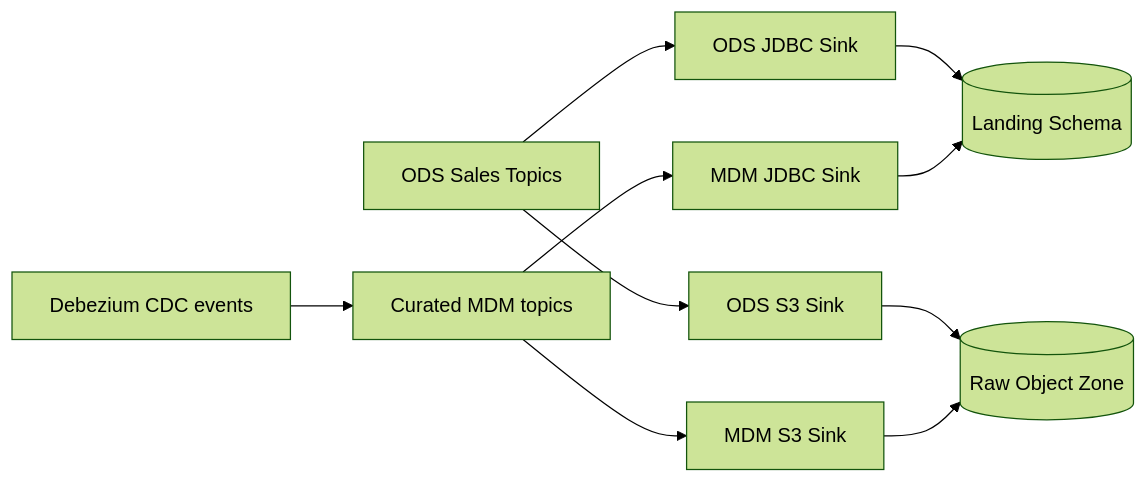
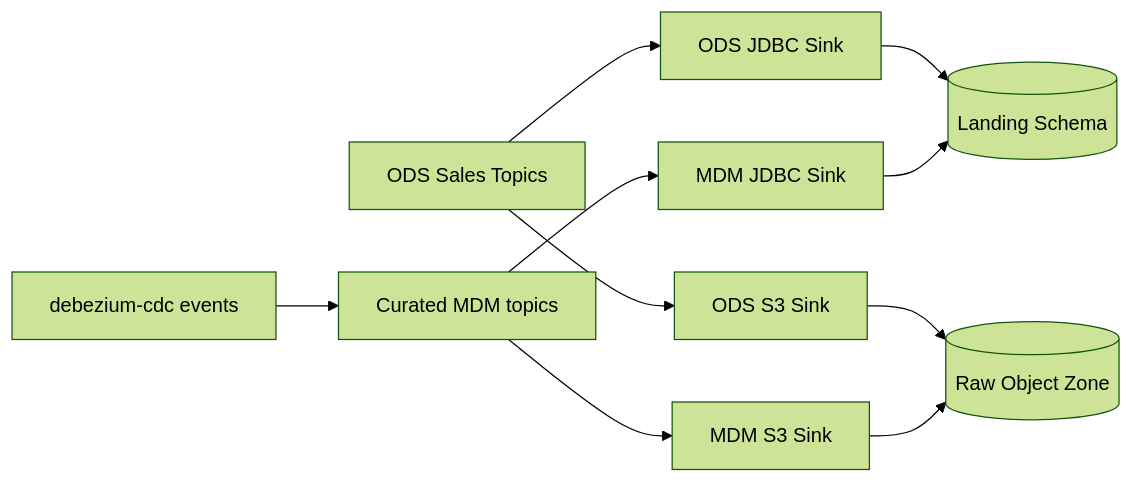
One commit to paulchen8206/Full-Stack-Modern-Data-Architecture-and-Engineering changed the second of 2 diagrams in kafka-connect/readme.md. Above: the diagram before and after it, drawn with Mermaid (forest theme). The commit also changed other lines of this file and 18 other files, not shown here.

````diff
--- a/kafka-connect/readme.md
+++ b/kafka-connect/readme.md
@@ -63,12 +63,12 @@
 ```mermaid
 flowchart LR
-  CDC[Debezium CDC events] --> CURATED[Curated MDM topics]
+  CDC[debezium-cdc events] --> CURATED[Curated MDM topics]
   ODS_TOPICS[ODS Sales Topics] --> ODS_JDBC[ODS JDBC Sink]
   ODS_TOPICS --> ODS_S3[ODS S3 Sink]
   CURATED --> MDM_JDBC[MDM JDBC Sink]
   CURATED --> MDM_S3[MDM S3 Sink]
   ODS_JDBC --> LANDING[(Landing Schema)]
   MDM_JDBC --> LANDING
   ODS_S3 --> RAW[(Raw Object Zone)]
   MDM_S3 --> RAW
 ```
````
